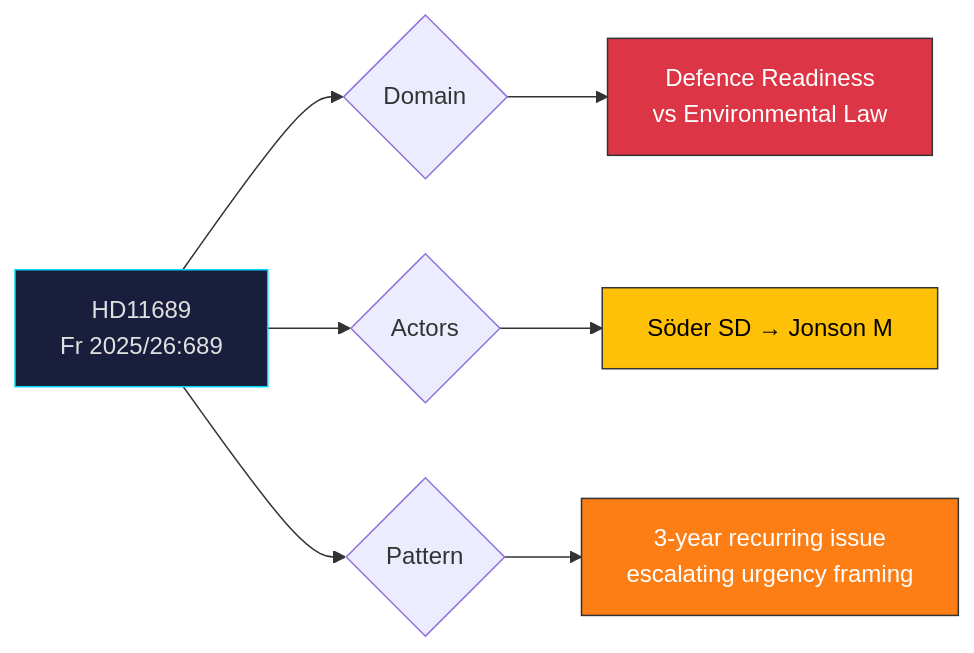
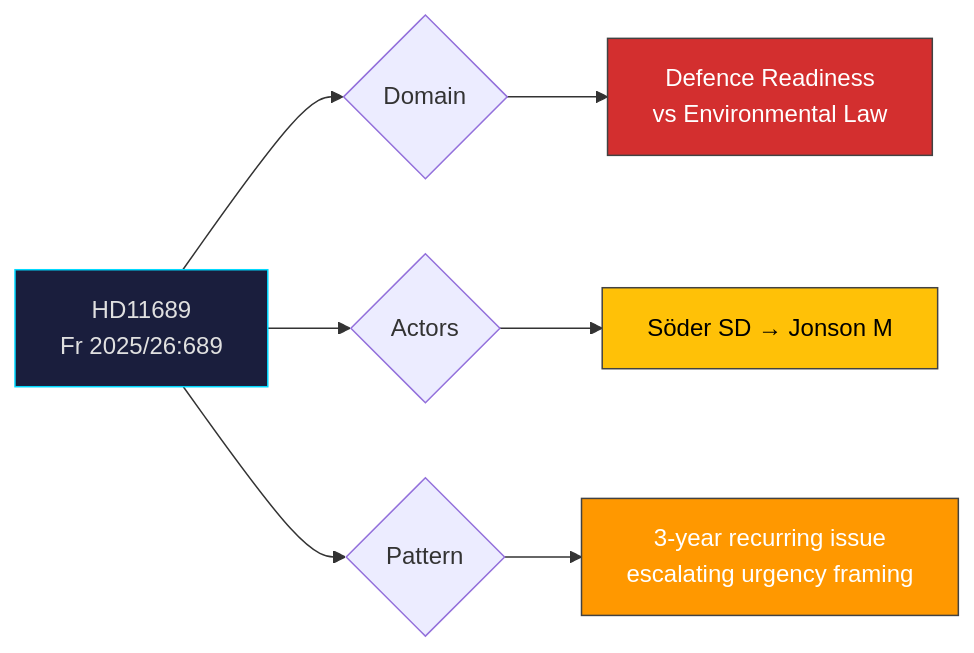
Before and after one commit to Hack23/riksdagsmonitor: the diagram in analysis/daily/2026-04-08/realtime-1027/documents/hd11689-analysis.md, drawn with Mermaid. The commit also changed 785 other files, not shown here.

First line of the commit message:
Normalize mermaid colors across 786 analysis artifacts to ISMS Style Guide palette

````diff
--- a/analysis/daily/2026-04-08/realtime-1027/documents/hd11689-analysis.md
+++ b/analysis/daily/2026-04-08/realtime-1027/documents/hd11689-analysis.md
@@ -26,16 +26,16 @@
 ```mermaid
 graph LR
     A["HD11689<br/>Fr 2025/26:689"] --> B{"Domain"}
     B --> C["Defence Readiness<br/>vs Environmental Law"]
     
     A --> D{"Actors"}
     D --> E["Söder SD → Jonson M"]
     
     A --> F{"Pattern"}
     F --> G["3-year recurring issue<br/>escalating urgency framing"]
     
     style A fill:#1a1e3d,stroke:#00d9ff,color:#e0e0e0
-    style C fill:#dc3545,stroke:#333,color:#fff
-    style E fill:#ffc107,stroke:#333,color:#000
-    style G fill:#fd7e14,stroke:#333,color:#fff
+    style C fill:#D32F2F,stroke:#424242,color:#FFFFFF
+    style E fill:#FFC107,stroke:#424242,color:#000000
+    style G fill:#FF9800,stroke:#424242,color:#FFFFFF
 ```
````
